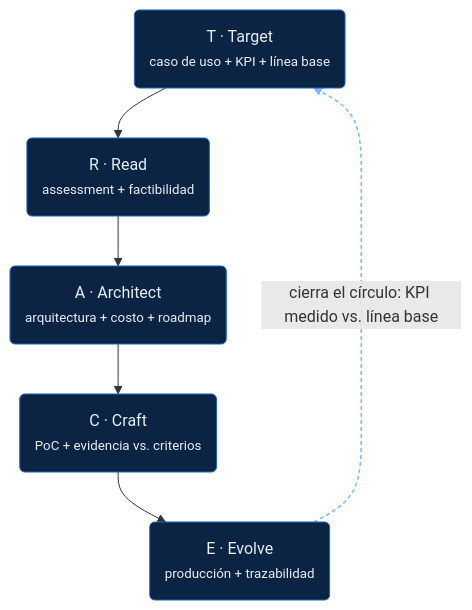
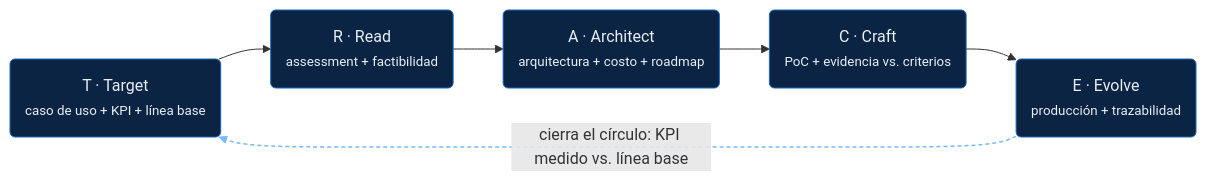
One commit to zircon-tech/zircontrace changed the diagram in site-publico/docs/ciclo-trace.md. Above: the diagram before and after it, drawn with Mermaid. The commit also changed other lines of this file and 4 other files, not shown here.

First line of the commit message:
Fix dead desktop space, flatten cycle diagram, drop redundant TOC

````diff
--- a/site-publico/docs/ciclo-trace.md
+++ b/site-publico/docs/ciclo-trace.md
@@ -5,15 +10,15 @@
 ```mermaid
-flowchart TB
+flowchart LR
     classDef stage fill:#0C2444,stroke:#1767BF,color:#E8EEF5,stroke-width:1px
 
     T("T · Target<br/><small>caso de uso + KPI + línea base</small>"):::stage
     R("R · Read<br/><small>assessment + factibilidad</small>"):::stage
     A("A · Architect<br/><small>arquitectura + costo + roadmap</small>"):::stage
     C("C · Craft<br/><small>PoC + evidencia vs. criterios</small>"):::stage
     E("E · Evolve<br/><small>producción + trazabilidad</small>"):::stage
 
     T --> R --> A --> C --> E
     E -. "cierra el círculo: KPI medido vs. línea base" .-> T
 
     linkStyle 4 stroke:#75B9FF,stroke-width:1.5px,stroke-dasharray:4 3
 ```
````
